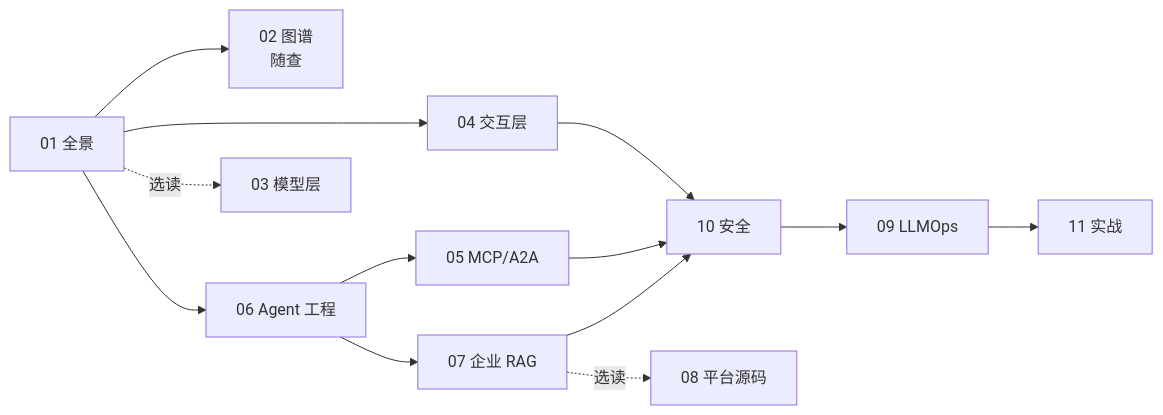
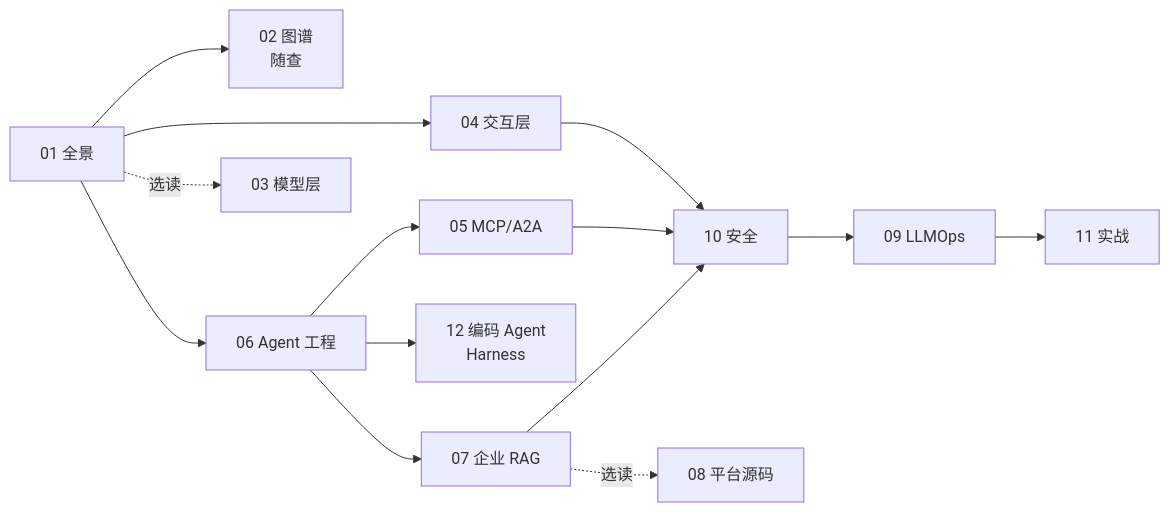
Before and after one commit to EliaukUsagi/eliauk-agent-dev-knowledge: the second of 2 diagrams in 企业级AI应用开发实战/README.md, drawn with Mermaid. The commit also changed other lines of this file and 7 other files, not shown here.

First line of the commit message:
docs: 补充 S 级项目深度讲解（编码 Agent Harness 专章、vLLM、RAGFlow 1.0、Langfuse）

````diff
--- a/企业级AI应用开发实战/README.md
+++ b/企业级AI应用开发实战/README.md
@@ -82,13 +83,14 @@
 ```mermaid
 graph LR
     P1[01 全景] --> P2[02 图谱<br/>随查]
     P1 --> P4[04 交互层]
     P1 --> P6[06 Agent 工程]
     P6 --> P5[05 MCP/A2A]
+    P6 --> P12[12 编码 Agent<br/>Harness]
     P6 --> P7[07 企业 RAG]
     P4 & P5 & P7 --> P10[10 安全]
     P10 --> P9[09 LLMOps]
     P9 --> P11[11 实战]
     P1 -.选读.-> P3[03 模型层]
     P7 -.选读.-> P8[08 平台源码]
 ```
````
